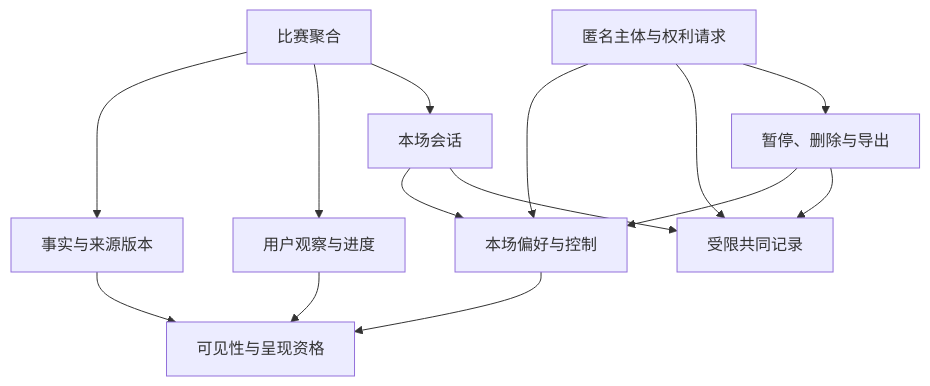
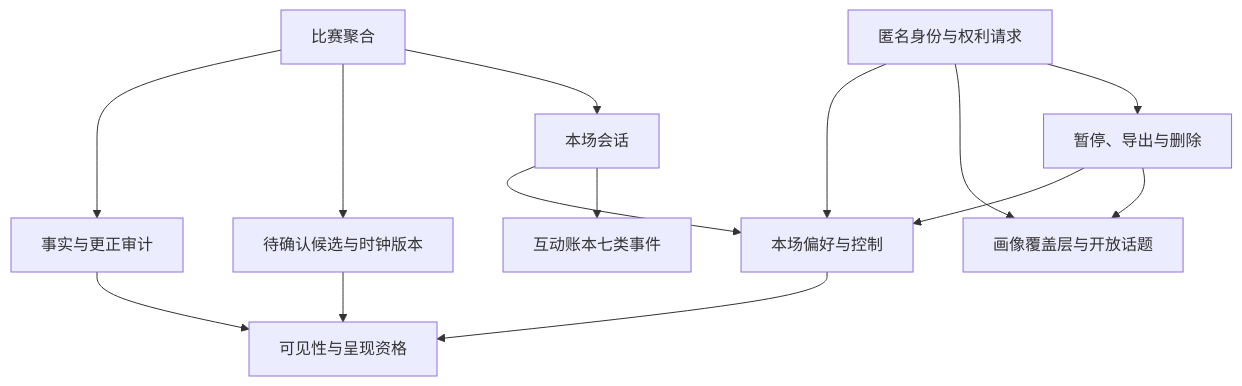
The second of 9 diagrams in docs/球球全套资料/4.产品设计/41-领域数据模型设计.md (weiz98417-crypto/qiuqiu), drawn with Mermaid before and after one commit. The commit also changed other lines of this file and 49 other files, not shown here.

````diff
--- a/docs/球球全套资料/4.产品设计/41-领域数据模型设计.md
+++ b/docs/球球全套资料/4.产品设计/41-领域数据模型设计.md
@@ -142,16 +103,16 @@
 ```mermaid
 flowchart TD
-    M[比赛聚合] --> F[事实与来源版本]
-    M --> O[用户观察与进度]
+    M[比赛聚合] --> F[事实与更正审计]
+    M --> O[待确认候选与时钟版本]
     M --> S[本场会话]
     S --> P[本场偏好与控制]
-    S --> C[受限共同记录]
+    S --> L[互动账本七类事件]
     P --> R[可见性与呈现资格]
     F --> R
     O --> R
-    U[匿名主体与权利请求] --> P
-    U --> C
-    U --> D[暂停、删除与导出]
+    U[匿名身份与权利请求] --> P
+    U --> T[画像覆盖层与开放话题]
+    U --> D[暂停、导出与删除]
     D --> P
-    D --> C
+    D --> T
 ```
````
